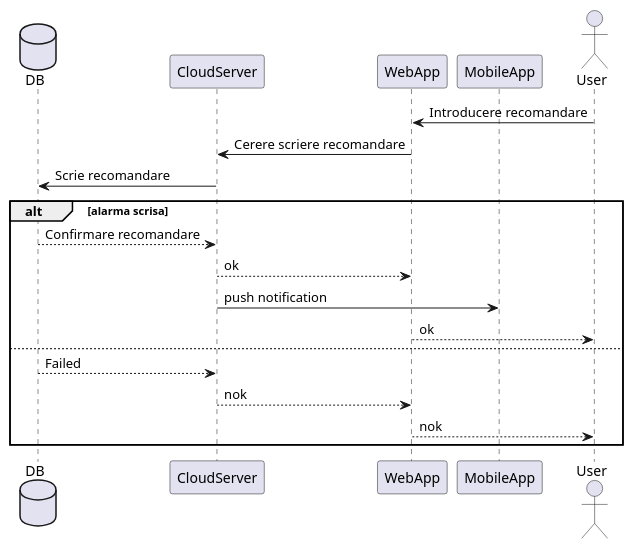
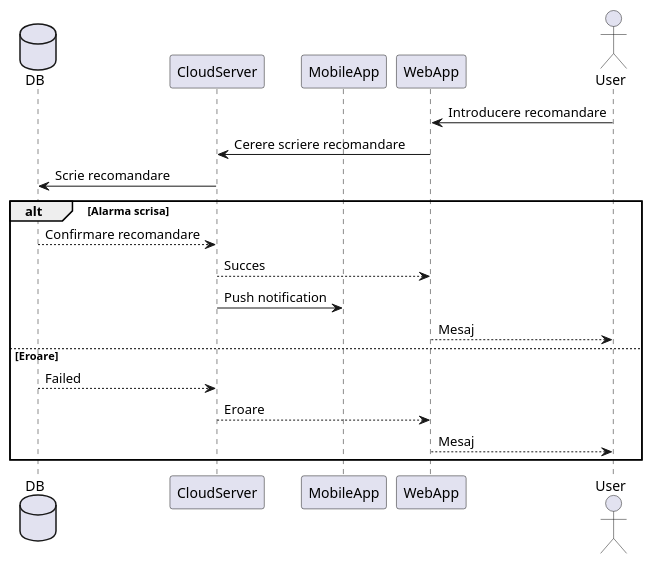
The diagram in Sequence_DG/WebApp/creare_recomandari.plantuml (BVasi/ProiectIP), drawn with PlantUML before and after one commit. The commit also changed 12 other files, not shown here.

Commit message:
Modificare diagrame

```diff
--- a/Sequence_DG/WebApp/creare_recomandari.plantuml
+++ b/Sequence_DG/WebApp/creare_recomandari.plantuml
@@ -1,24 +1,24 @@
-@startuml creare_recomandare
+@startuml Creare_recomandare
 
 database DB
 participant CloudServer
+participant MobileApp
 participant WebApp
-participant MobileApp
 Actor User
 
 User -> WebApp: Introducere recomandare
 WebApp -> CloudServer: Cerere scriere recomandare
 CloudServer -> DB: Scrie recomandare
 
-alt alarma scrisa
+alt Alarma scrisa
     DB --> CloudServer: Confirmare recomandare
-    CloudServer --> WebApp: ok
-    CloudServer -> MobileApp: push notification
-    WebApp --> User: ok
-else
+    CloudServer --> WebApp: Succes
+    CloudServer -> MobileApp: Push notification
+    WebApp --> User: Mesaj
+else Eroare
     DB --> CloudServer: Failed
-    CloudServer --> WebApp: nok
-    WebApp --> User: nok
+    CloudServer --> WebApp: Eroare
+    WebApp --> User: Mesaj
 end
 
 @enduml
```
